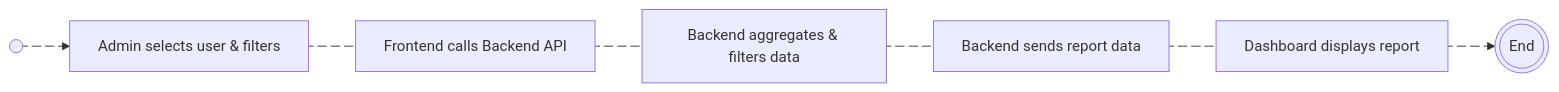
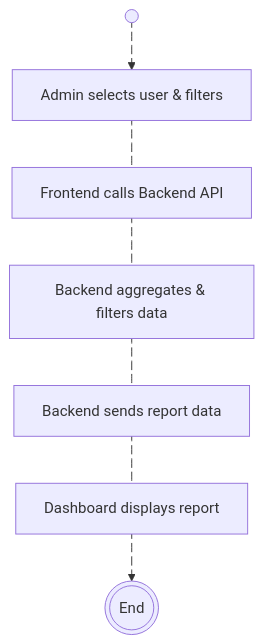
The second of 3 diagrams in TimeSheet/User_Report.md (Harshita-capsitech/EmailDocs), drawn with Mermaid before and after one commit. The commit also changed other lines of this file, not shown here.

````diff
--- a/TimeSheet/User_Report.md
+++ b/TimeSheet/User_Report.md
@@ -25,23 +43,24 @@
 ```mermaid
 ---
 config:
   layout: dagre
 ---
-flowchart LR
+flowchart TB
     Start["Start"] e1@-.-> Select["Admin selects user & filters"]
     Select e2@-.- APICall["Frontend calls Backend API"]
     APICall e3@-.- Aggregate["Backend aggregates & filters data"]
     Aggregate e4@-.- Report["Backend sends report data"]
     Report e5@-.- Render["Dashboard displays report"]
     Render e6@-.-> End["End"]
 
     Start@{ shape: sm-circ}
     End@{ shape: dbl-circ}
 
     e1@{ animate: true, curve: natural, animation: fast } 
     e2@{ animate: true } 
     e3@{ animate: true } 
     e4@{ animate: true } 
     e5@{ animate: true } 
     e6@{ animate: true }
+
 ```
````
